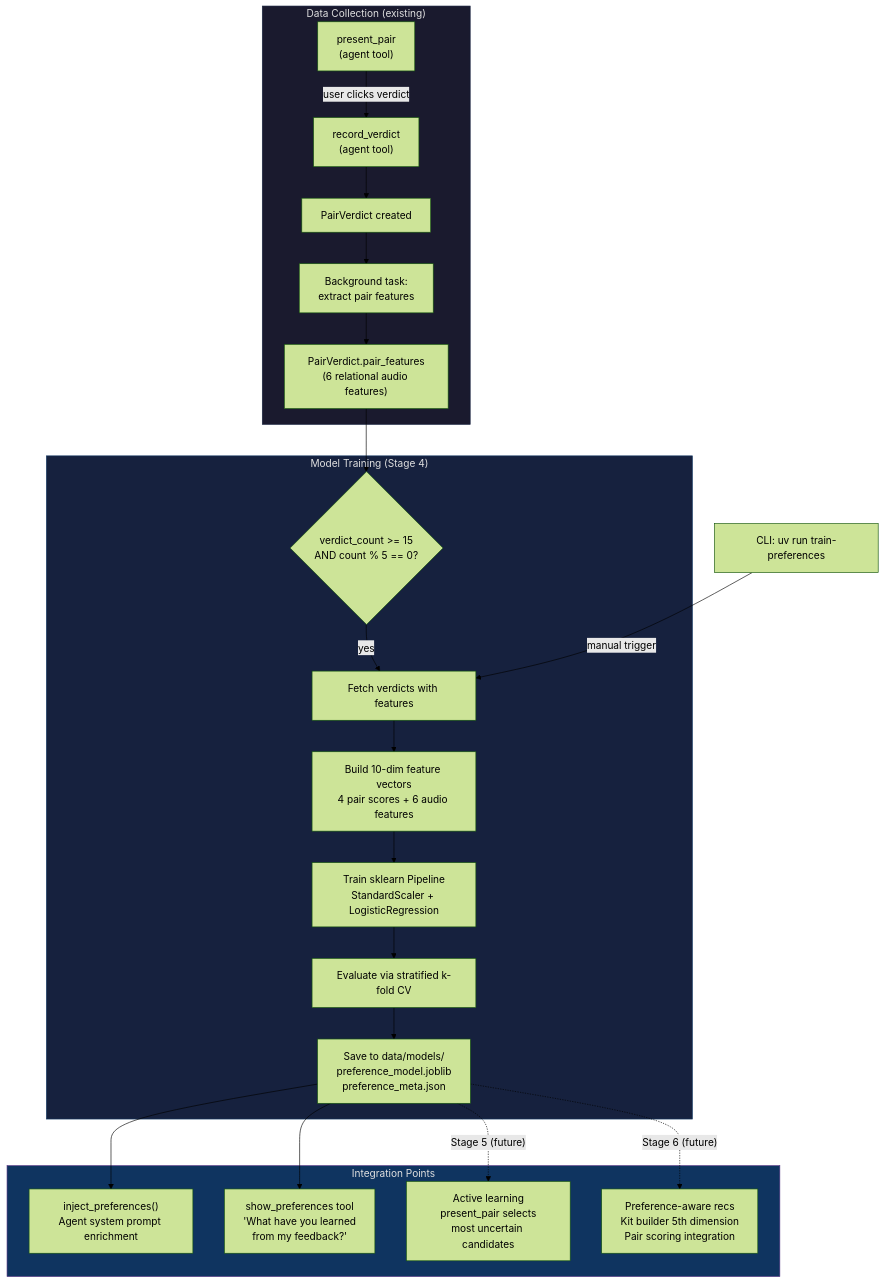
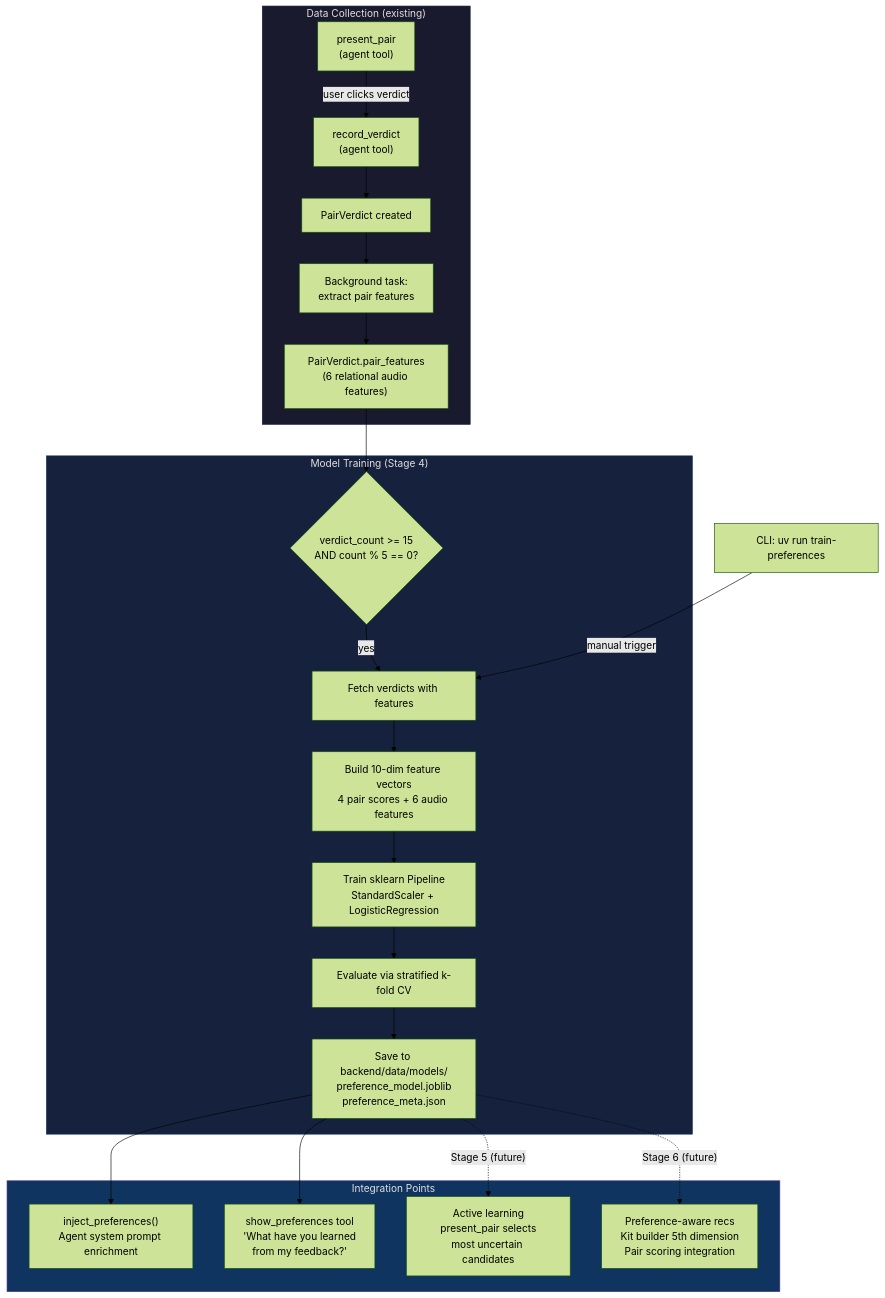
One commit to LukeMainwaring/samplespace changed the diagram in docs/preference-learning-flow.md. Above: the diagram before and after it, drawn with Mermaid (forest theme). The commit also changed 18 other files, not shown here.

````diff
--- a/docs/preference-learning-flow.md
+++ b/docs/preference-learning-flow.md
@@ -5,31 +5,31 @@
 ```mermaid
 flowchart TD
     subgraph Collection ["Data Collection (existing)"]
         A["present_pair\n(agent tool)"] -->|user clicks verdict| B["record_verdict\n(agent tool)"]
         B --> C[PairVerdict created]
         C --> D["Background task:\nextract pair features"]
         D --> E["PairVerdict.pair_features\n(6 relational audio features)"]
     end
 
     subgraph Training ["Model Training (Stage 4)"]
         E --> F{verdict_count >= 15\nAND count % 5 == 0?}
         F -->|yes| G[Fetch verdicts with features]
         G --> H["Build 10-dim feature vectors\n4 pair scores + 6 audio features"]
         H --> I["Train sklearn Pipeline\nStandardScaler + LogisticRegression"]
         I --> J[Evaluate via stratified k-fold CV]
-        J --> K["Save to data/models/\npreference_model.joblib\npreference_meta.json"]
+        J --> K["Save to backend/data/models/\npreference_model.joblib\npreference_meta.json"]
     end
 
     subgraph Output ["Integration Points"]
         K --> L["inject_preferences()\nAgent system prompt enrichment"]
         K --> M["show_preferences tool\n'What have you learned\nfrom my feedback?'"]
         K -.->|"Stage 5 (future)"| N["Active learning\npresent_pair selects\nmost uncertain candidates"]
         K -.->|"Stage 6 (future)"| O["Preference-aware recs\nKit builder 5th dimension\nPair scoring integration"]
     end
 
     P["CLI: uv run train-preferences"] -->|manual trigger| G
 
     style Collection fill:#1a1a2e,stroke:#16213e,color:#e0e0e0
     style Training fill:#16213e,stroke:#0f3460,color:#e0e0e0
     style Output fill:#0f3460,stroke:#533483,color:#e0e0e0
 ```
````
